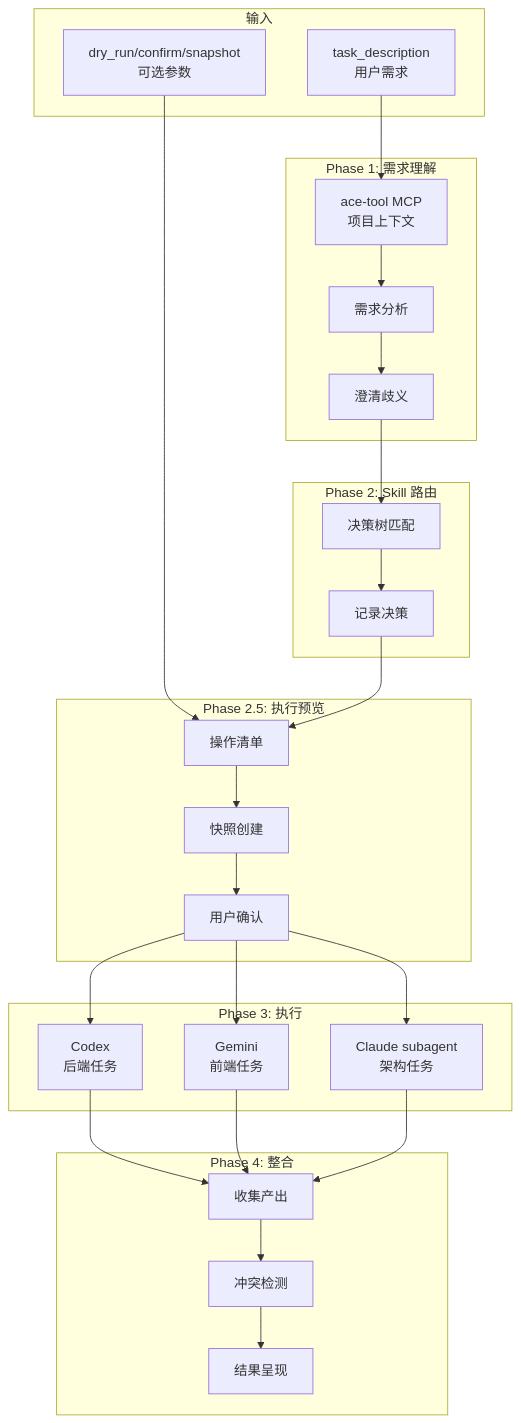
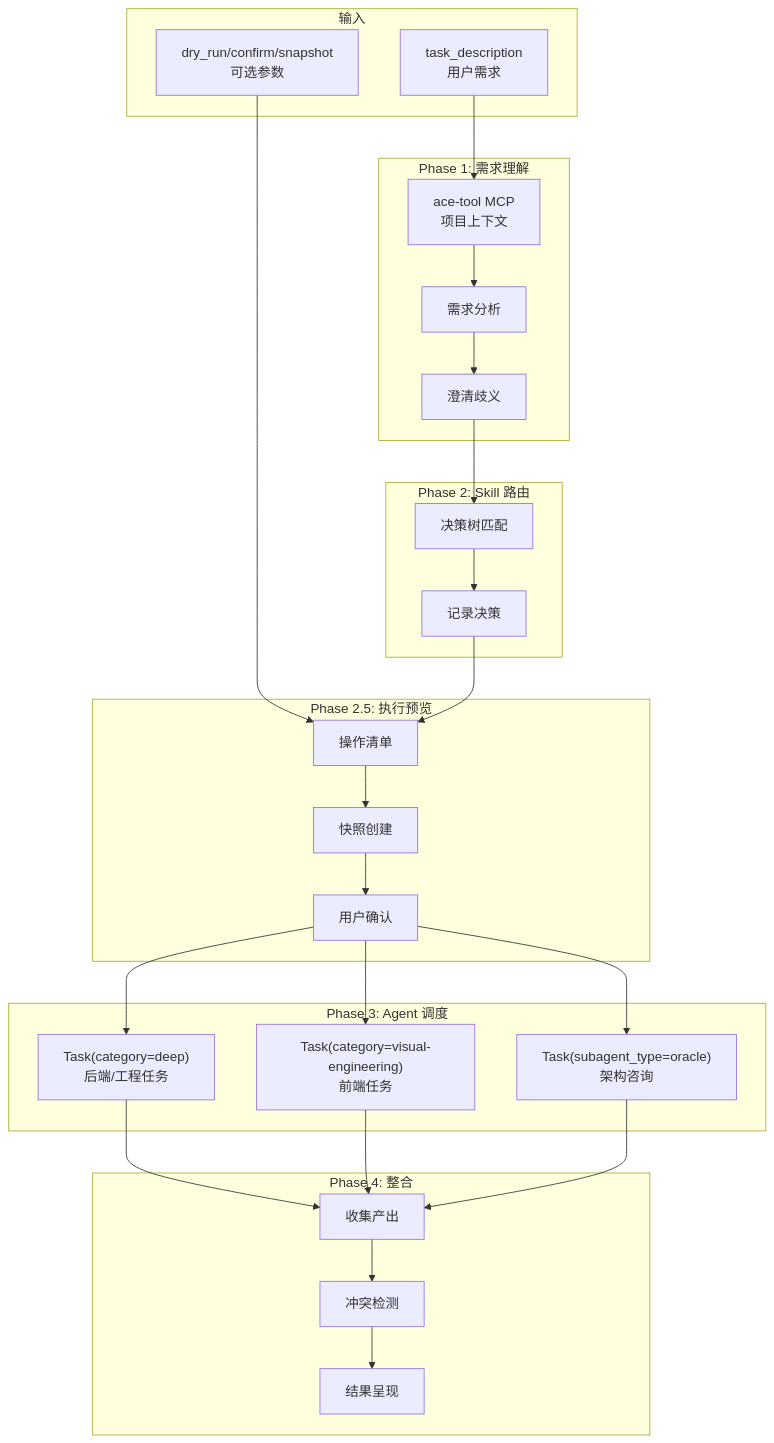
One commit to iwen-conf/Skills changed the diagram in agent/CLAUDE.md. Above: the diagram before and after it, drawn with Mermaid. The commit also changed other lines of this file and 9 other files, not shown here.

````diff
--- a/agent/CLAUDE.md
+++ b/agent/CLAUDE.md
@@ -195,54 +197,54 @@
 ```mermaid
 graph TD
     subgraph 输入
         TASK["task_description<br/>用户需求"]
         OPT["dry_run/confirm/snapshot<br/>可选参数"]
     end
 
     subgraph Phase1[Phase 1: 需求理解]
         CTX["ace-tool MCP<br/>项目上下文"]
         ANALYZE["需求分析"]
         CLARIFY["澄清歧义"]
     end
 
     subgraph Phase2[Phase 2: Skill 路由]
         ROUTE["决策树匹配"]
         LOG["记录决策"]
     end
 
     subgraph Phase2_5[Phase 2.5: 执行预览]
         PREVIEW["操作清单"]
         SNAP["快照创建"]
         CONFIRM["用户确认"]
     end
 
-    subgraph Phase3[Phase 3: 执行]
-        CODEX["Codex<br/>后端任务"]
-        GEMINI["Gemini<br/>前端任务"]
-        CLAUDE["Claude subagent<br/>架构任务"]
+    subgraph Phase3[Phase 3: Agent 调度]
+        DEEP["Task(category=deep)<br/>后端/工程任务"]
+        VIS["Task(category=visual-engineering)<br/>前端任务"]
+        ORACLE["Task(subagent_type=oracle)<br/>架构咨询"]
     end
 
     subgraph Phase4[Phase 4: 整合]
         COLLECT["收集产出"]
         CONFLICT["冲突检测"]
         PRESENT["结果呈现"]
     end
 
     TASK --> CTX
     OPT --> PREVIEW
     CTX --> ANALYZE
     ANALYZE --> CLARIFY
     CLARIFY --> ROUTE
     ROUTE --> LOG
     LOG --> PREVIEW
     PREVIEW --> SNAP
     SNAP --> CONFIRM
-    CONFIRM --> CODEX
-    CONFIRM --> GEMINI
-    CONFIRM --> CLAUDE
-    CODEX --> COLLECT
-    GEMINI --> COLLECT
-    CLAUDE --> COLLECT
+    CONFIRM --> DEEP
+    CONFIRM --> VIS
+    CONFIRM --> ORACLE
+    DEEP --> COLLECT
+    VIS --> COLLECT
+    ORACLE --> COLLECT
     COLLECT --> CONFLICT
     CONFLICT --> PRESENT
 ```
````
